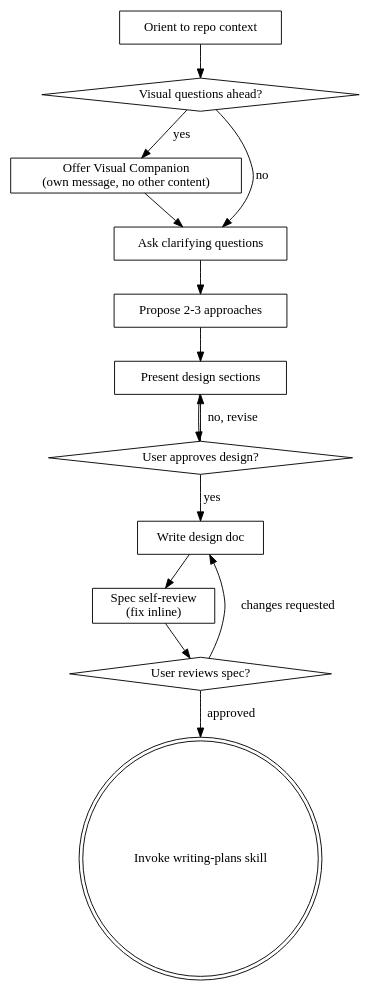
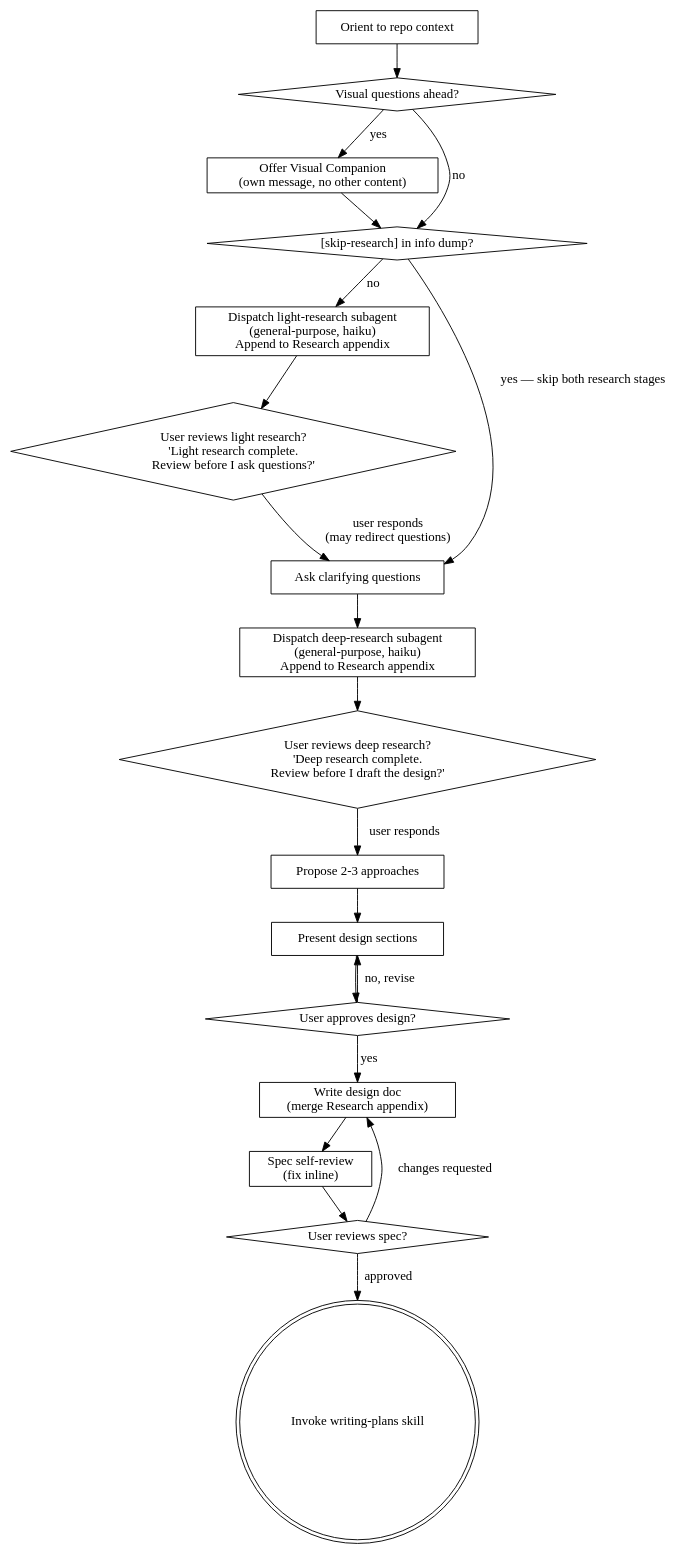
Before and after one commit to TeamClyde/clydes_claude: the diagram in skills/brainstorming/SKILL.md, drawn with Graphviz. The commit also changed other lines of this file, not shown here.

First line of the commit message:
feat: add two-stage research bookends to brainstorming flow (C3) [no-plan-update]

````diff
--- a/skills/brainstorming/SKILL.md
+++ b/skills/brainstorming/SKILL.md
@@ -37,29 +41,40 @@
 ```dot
 digraph brainstorming {
     "Orient to repo context" [shape=box];
     "Visual questions ahead?" [shape=diamond];
     "Offer Visual Companion\n(own message, no other content)" [shape=box];
+    "[skip-research] in info dump?" [shape=diamond];
+    "Dispatch light-research subagent\n(general-purpose, haiku)\nAppend to Research appendix" [shape=box];
+    "User reviews light research?\n'Light research complete.\nReview before I ask questions?'" [shape=diamond];
     "Ask clarifying questions" [shape=box];
+    "Dispatch deep-research subagent\n(general-purpose, haiku)\nAppend to Research appendix" [shape=box];
+    "User reviews deep research?\n'Deep research complete.\nReview before I draft the design?'" [shape=diamond];
     "Propose 2-3 approaches" [shape=box];
     "Present design sections" [shape=box];
     "User approves design?" [shape=diamond];
-    "Write design doc" [shape=box];
+    "Write design doc\n(merge Research appendix)" [shape=box];
     "Spec self-review\n(fix inline)" [shape=box];
     "User reviews spec?" [shape=diamond];
     "Invoke writing-plans skill" [shape=doublecircle];
 
     "Orient to repo context" -> "Visual questions ahead?";
     "Visual questions ahead?" -> "Offer Visual Companion\n(own message, no other content)" [label="yes"];
-    "Visual questions ahead?" -> "Ask clarifying questions" [label="no"];
-    "Offer Visual Companion\n(own message, no other content)" -> "Ask clarifying questions";
-    "Ask clarifying questions" -> "Propose 2-3 approaches";
+    "Visual questions ahead?" -> "[skip-research] in info dump?" [label="no"];
+    "Offer Visual Companion\n(own message, no other content)" -> "[skip-research] in info dump?";
+    "[skip-research] in info dump?" -> "Ask clarifying questions" [label="yes — skip both research stages"];
+    "[skip-research] in info dump?" -> "Dispatch light-research subagent\n(general-purpose, haiku)\nAppend to Research appendix" [label="no"];
+    "Dispatch light-research subagent\n(general-purpose, haiku)\nAppend to Research appendix" -> "User reviews light research?\n'Light research complete.\nReview before I ask questions?'";
+    "User reviews light research?\n'Light research complete.\nReview before I ask questions?'" -> "Ask clarifying questions" [label="user responds\n(may redirect questions)"];
+    "Ask clarifying questions" -> "Dispatch deep-research subagent\n(general-purpose, haiku)\nAppend to Research appendix";
+    "Dispatch deep-research subagent\n(general-purpose, haiku)\nAppend to Research appendix" -> "User reviews deep research?\n'Deep research complete.\nReview before I draft the design?'";
+    "User reviews deep research?\n'Deep research complete.\nReview before I draft the design?'" -> "Propose 2-3 approaches" [label="user responds"];
     "Propose 2-3 approaches" -> "Present design sections";
     "Present design sections" -> "User approves design?";
     "User approves design?" -> "Present design sections" [label="no, revise"];
-    "User approves design?" -> "Write design doc" [label="yes"];
-    "Write design doc" -> "Spec self-review\n(fix inline)";
+    "User approves design?" -> "Write design doc\n(merge Research appendix)" [label="yes"];
+    "Write design doc\n(merge Research appendix)" -> "Spec self-review\n(fix inline)";
     "Spec self-review\n(fix inline)" -> "User reviews spec?";
-    "User reviews spec?" -> "Write design doc" [label="changes requested"];
+    "User reviews spec?" -> "Write design doc\n(merge Research appendix)" [label="changes requested"];
     "User reviews spec?" -> "Invoke writing-plans skill" [label="approved"];
 }
 ```
````
